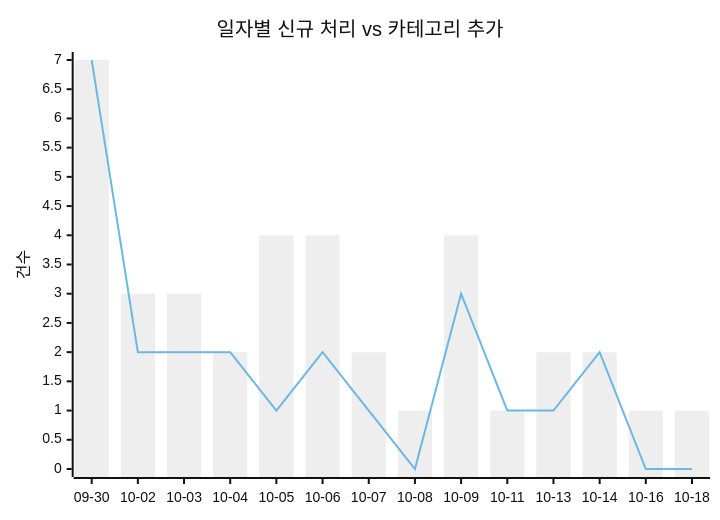
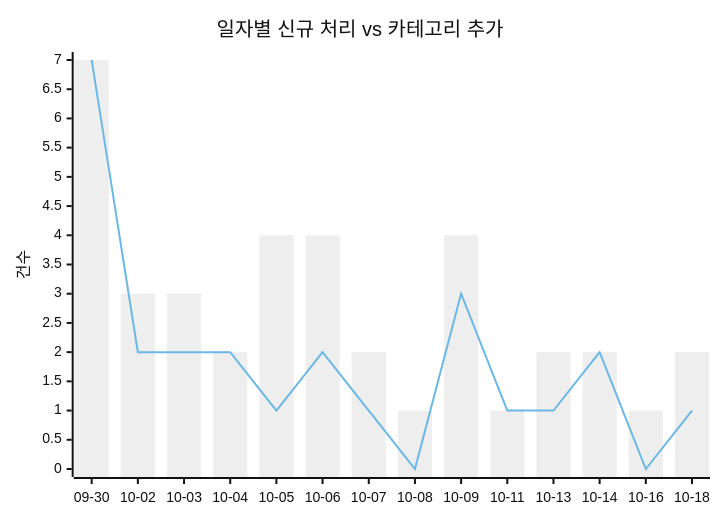
The first of 2 diagrams in docs/trends.md (J-nowcow/awesome-korean-agent-skills), drawn with Mermaid (neutral theme) before and after one commit. The commit also changed other lines of this file and 3 other files, not shown here.

````diff
--- a/docs/trends.md
+++ b/docs/trends.md
@@ -32,8 +32,8 @@
 ```mermaid
 xychart-beta
     title "일자별 신규 처리 vs 카테고리 추가"
     x-axis ["09-30","10-02","10-03","10-04","10-05","10-06","10-07","10-08","10-09","10-11","10-13","10-14","10-16","10-18"]
     y-axis "건수"
-    bar [7,3,3,2,4,4,2,1,4,1,2,2,1,1]
-    line [7,2,2,2,1,2,1,0,3,1,1,2,0,0]
+    bar [7,3,3,2,4,4,2,1,4,1,2,2,1,2]
+    line [7,2,2,2,1,2,1,0,3,1,1,2,0,1]
 ```
````
